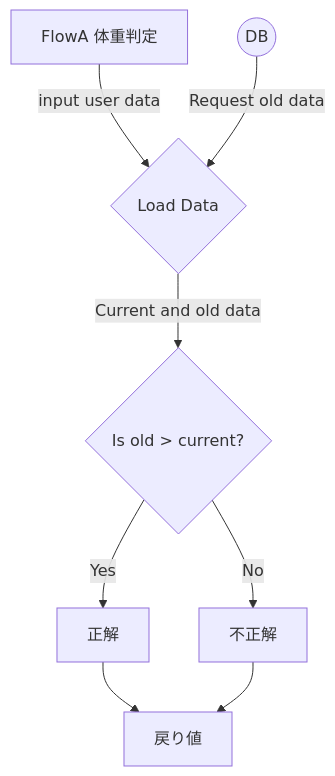
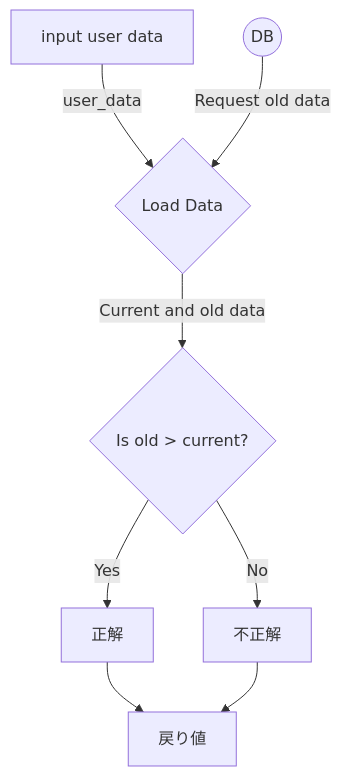
The second of 2 diagrams in flow.md (lamplusoka/train_Muscle), drawn with Mermaid before and after one commit. The commit also changed other lines of this file, not shown here.

Commit message:
flow.md updated from https://stackedit.io/

````diff
--- a/flow.md
+++ b/flow.md
@@ -28,10 +30,10 @@
 ```mermaid
 graph TD
-Start[FlowA 体重判定] -- input user data --> LoadData{Load Data}
+Start[input user data] -- user_data --> LoadData{Load Data}
 DB((DB)) -- Request old data --> LoadData
 LoadData -- Current and old data --> IF1{Is old > current?}
 IF1-- Yes --> OK[正解]
 IF1-- No --> NG[不正解]
 OK --> End[戻り値]
 NG --> End
 ```
````
